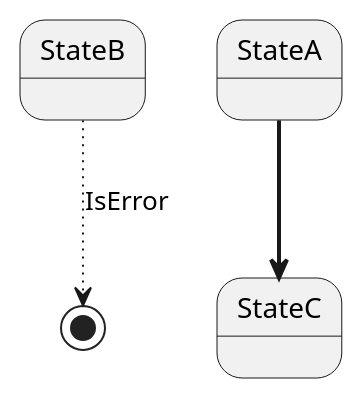
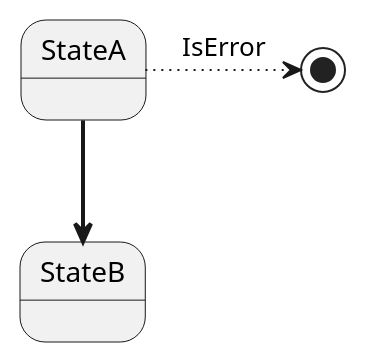
Before and after one commit to mhersson/vectorsigma: diagram 11 of 14 in docs/vectorsigma-uml-syntax.md, drawn with PlantUML. The commit also changed other lines of this file and 2 other files, not shown here.

First line of the commit message:
Update transitions section of the UML syntax documentation

````diff
--- a/docs/vectorsigma-uml-syntax.md
+++ b/docs/vectorsigma-uml-syntax.md
@@ -243,4 +263,4 @@
 ```plantuml
-StateB -[dotted]-> [*]: IsError
-StateA -[bold]-> StateC
+StateA -[dotted]right-> [*]: IsError
+StateA -[bold]down-> StateB
 ```
````
